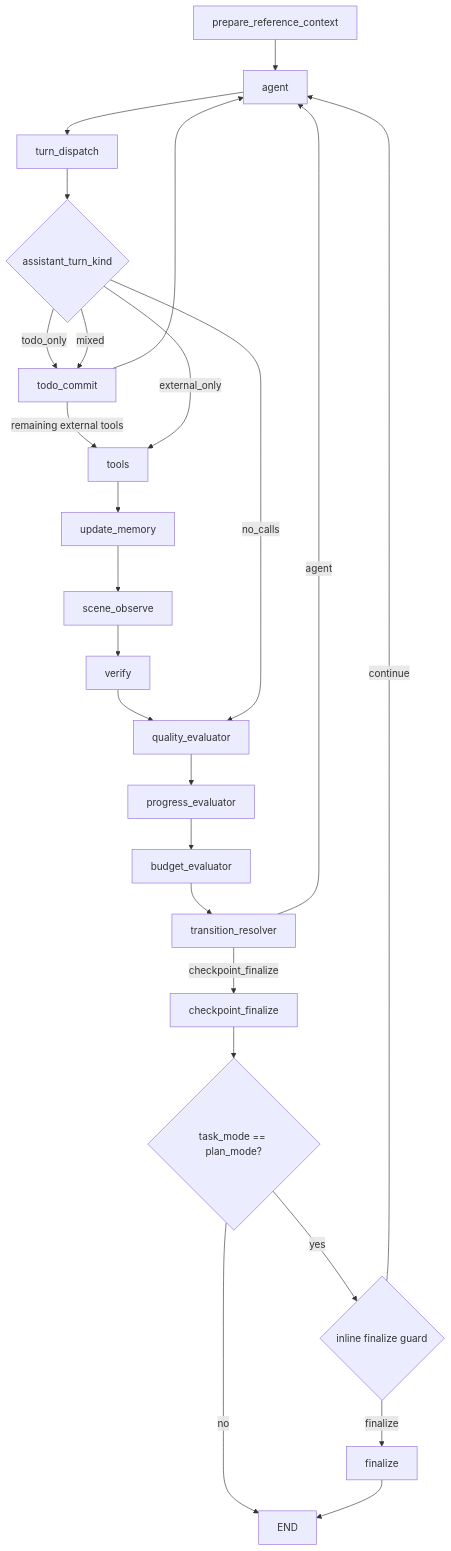
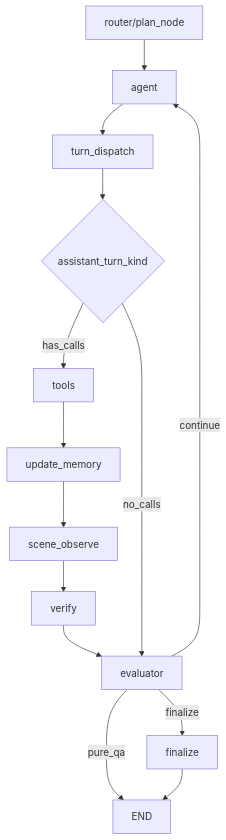
One commit to 3DSceneAgent/Vibe3DScene changed the third of 4 diagrams in docs/architecture/current-agent-workflow.md. Above: the diagram before and after it, drawn with Mermaid. The commit also changed other lines of this file and 39 other files, not shown here.

Commit message:
feat: refactor agent workflow around router and evaluator

````diff
--- a/docs/architecture/current-agent-workflow.md
+++ b/docs/architecture/current-agent-workflow.md
@@ -92,34 +83,19 @@
 ```mermaid
 flowchart TD
-    A["prepare_reference_context"] --> B["agent"]
+    A["router/plan_node"] --> B["agent"]
     B --> C["turn_dispatch"]
     C --> D{"assistant_turn_kind"}
 
-    D -->|todo_only| E["todo_commit"]
-    E --> B
+    D -->|has_calls| E["tools"]
+    E --> F["update_memory"]
+    F --> G["scene_observe"]
+    G --> H["verify"]
+    H --> I["evaluator"]
 
-    D -->|mixed| E
-    E -->|remaining external tools| F["tools"]
+    D -->|no_calls| I
 
-    D -->|external_only| F
-    F --> G["update_memory"]
-    G --> H["scene_observe"]
-    H --> I["verify"]
-    I --> J["quality_evaluator"]
-
-    D -->|no_calls| J
-
-    J --> K["progress_evaluator"]
-    K --> L["budget_evaluator"]
-    L --> M["transition_resolver"]
-
-    M -->|agent| B
-    M -->|checkpoint_finalize| N["checkpoint_finalize"]
-
-    N --> O{"task_mode == plan_mode?"}
-    O -->|no| S["END"]
-    O -->|yes| P{"inline finalize guard"}
-    P -->|continue| B
-    P -->|finalize| R["finalize"]
-    R --> S
+    I -->|continue| B
+    I -->|finalize| J["finalize"]
+    I -->|pure_qa| K["END"]
+    J --> K
 ```
````
